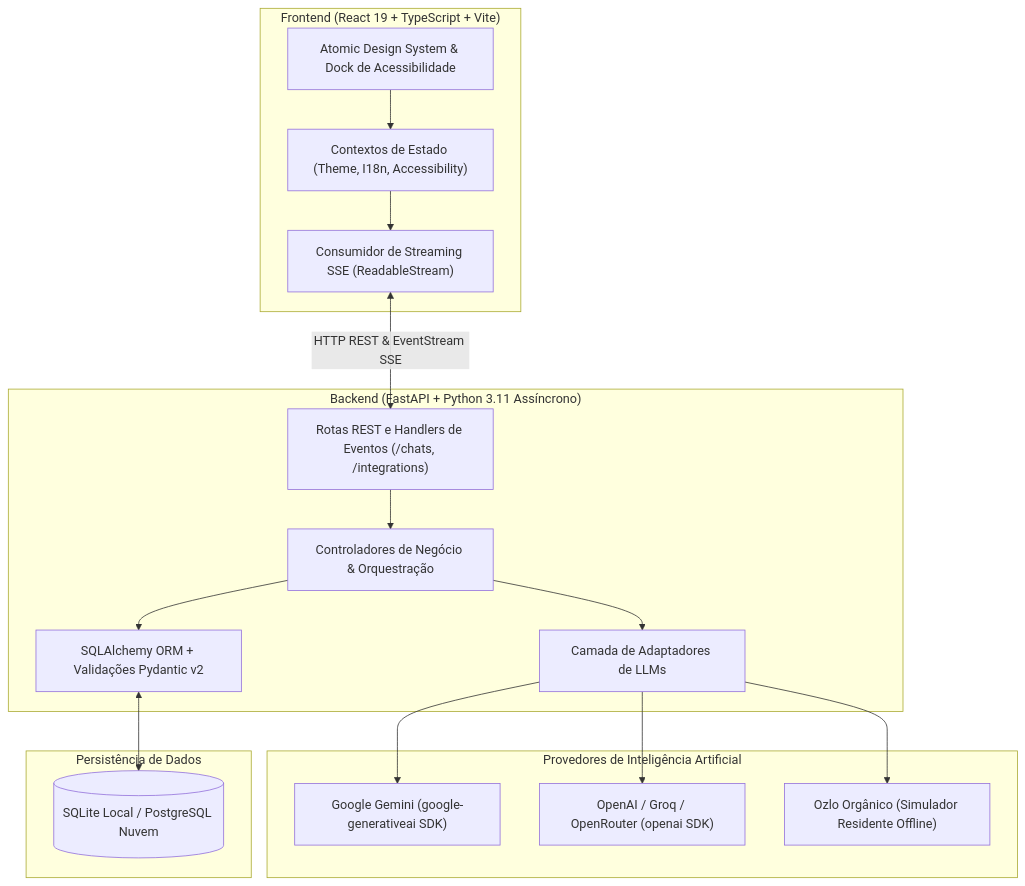
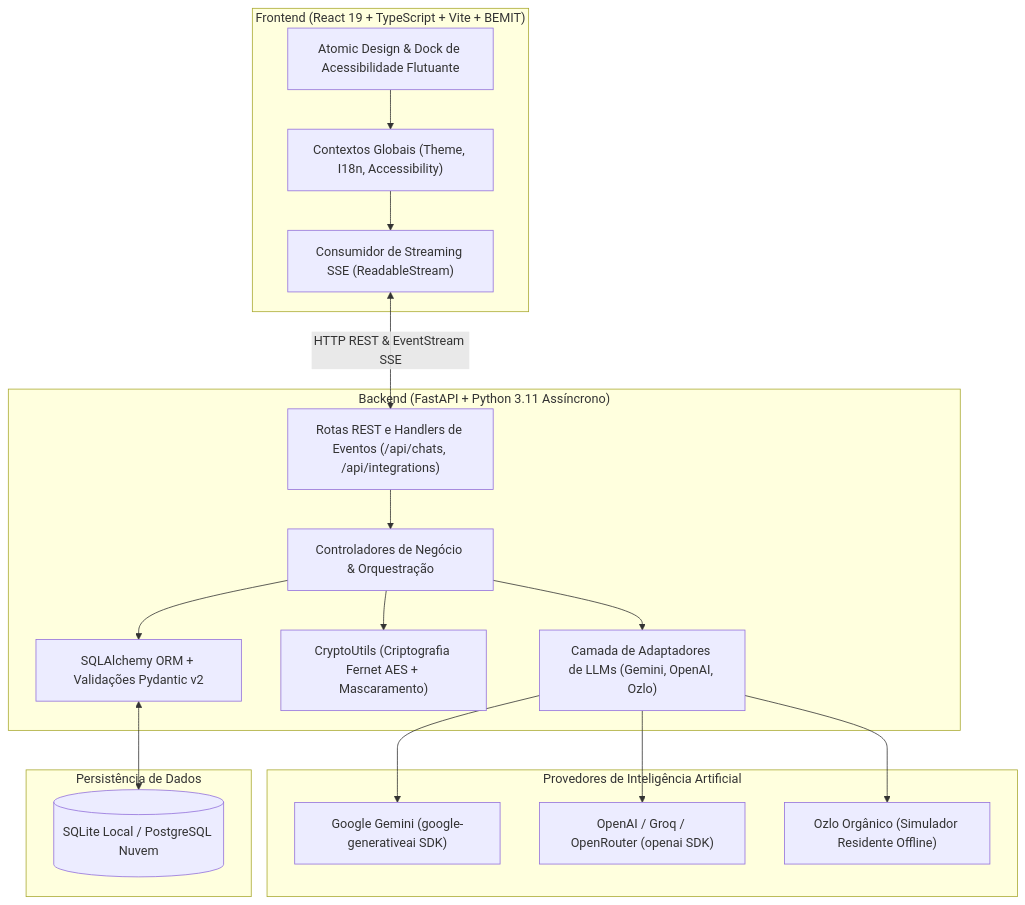
The diagram in README.md (Filipiss/chatbot-ia), drawn with Mermaid before and after one commit. The commit also changed other lines of this file and 1 other file, not shown here.

Commit message:
docs: update READMEs with BEMIT architecture, zero-leakage security, and deployment guides

````diff
--- a/README.md
+++ b/README.md
@@ -76,36 +83,38 @@
 ```mermaid
 graph TD
-    subgraph Client ["Frontend (React 19 + TypeScript + Vite)"]
-        UI["Atomic Design System & Dock de Acessibilidade"]
-        Contexts["Contextos de Estado (Theme, I18n, Accessibility)"]
+    subgraph Client ["Frontend (React 19 + TypeScript + Vite + BEMIT)"]
+        UI["Atomic Design & Dock de Acessibilidade Flutuante"]
+        Contexts["Contextos Globais (Theme, I18n, Accessibility)"]
         SSEConsumer["Consumidor de Streaming SSE (ReadableStream)"]
     end
 
     subgraph Server ["Backend (FastAPI + Python 3.11 Assíncrono)"]
-        Endpoints["Rotas REST e Handlers de Eventos (/chats, /integrations)"]
+        Endpoints["Rotas REST e Handlers de Eventos (/api/chats, /api/integrations)"]
         Controller["Controladores de Negócio & Orquestração"]
-        Adapters["Camada de Adaptadores de LLMs"]
+        Adapters["Camada de Adaptadores de LLMs (Gemini, OpenAI, Ozlo)"]
+        Security["CryptoUtils (Criptografia Fernet AES + Mascaramento)"]
         DataLayer["SQLAlchemy ORM + Validações Pydantic v2"]
     end
 
     subgraph Providers ["Provedores de Inteligência Artificial"]
         Gemini["Google Gemini (google-generativeai SDK)"]
         OpenAI["OpenAI / Groq / OpenRouter (openai SDK)"]
         Ozlo["Ozlo Orgânico (Simulador Residente Offline)"]
     end
 
     subgraph Storage ["Persistência de Dados"]
         DB[(SQLite Local / PostgreSQL Nuvem)]
     end
 
     UI --> Contexts
     Contexts --> SSEConsumer
     SSEConsumer <-->|HTTP REST & EventStream SSE| Endpoints
     Endpoints --> Controller
+    Controller --> Security
     Controller --> Adapters
     Controller --> DataLayer
     Adapters --> Gemini
     Adapters --> OpenAI
     Adapters --> Ozlo
     DataLayer <--> DB
 ```
````
